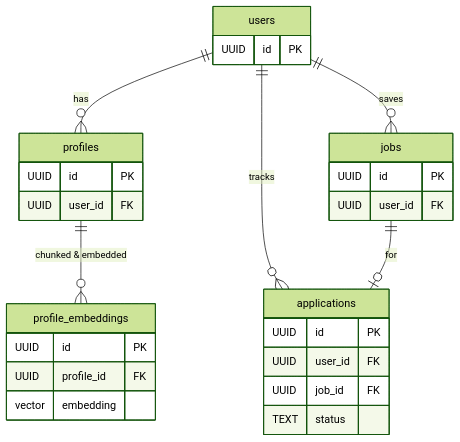
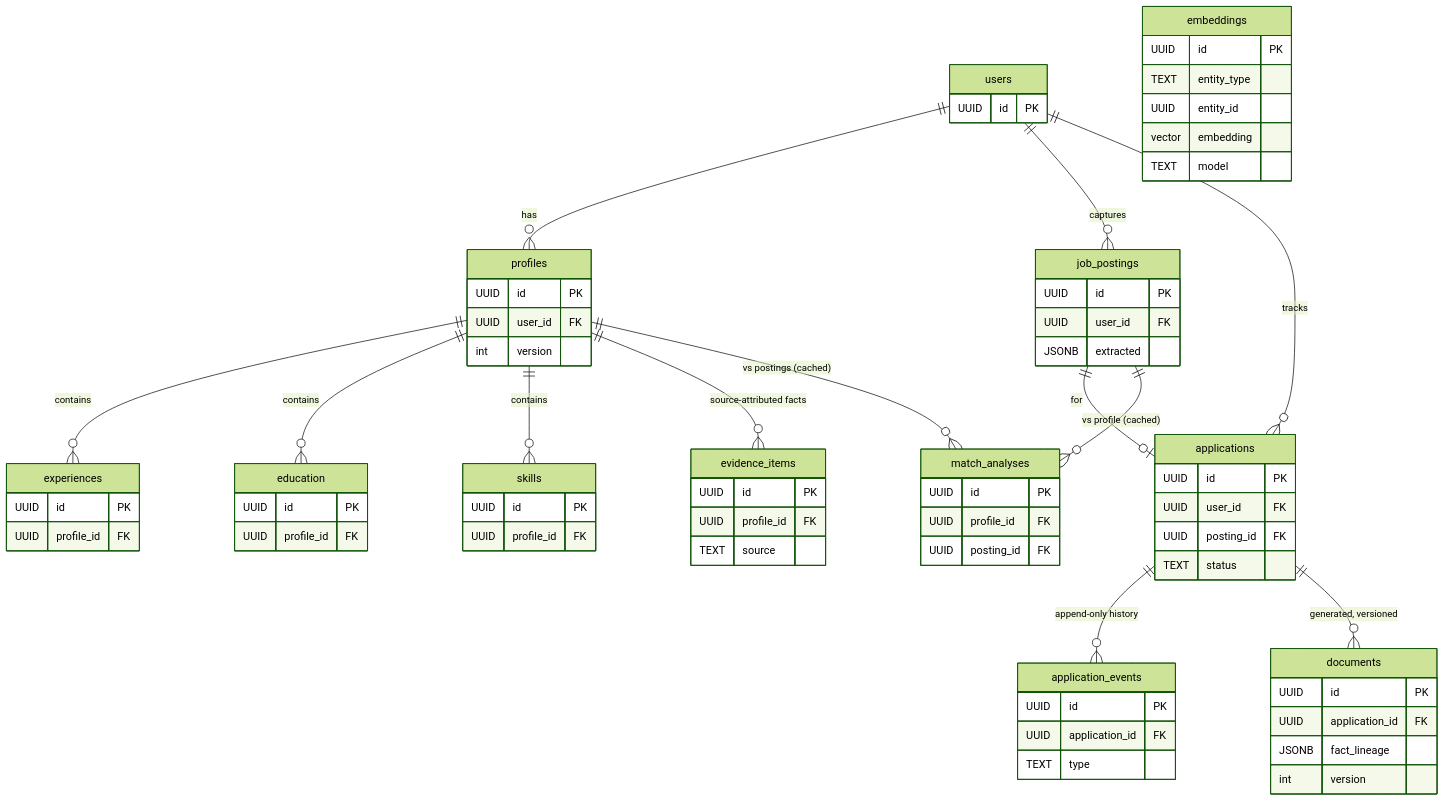
Before and after one commit to mahelet-kassa/CareerOS: the second of 2 diagrams in docs/05-data/schema.md, drawn with Mermaid (forest theme). The commit also changed other lines of this file and 30 other files, not shown here.

````diff
--- a/docs/05-data/schema.md
+++ b/docs/05-data/schema.md
@@ -55,14 +57,28 @@
 ```mermaid
 erDiagram
     users ||--o{ profiles : has
-    profiles ||--o{ profile_embeddings : "chunked & embedded"
-    users ||--o{ jobs : saves
+    profiles ||--o{ experiences : contains
+    profiles ||--o{ education : contains
+    profiles ||--o{ skills : contains
+    profiles ||--o{ evidence_items : "source-attributed facts"
+    users ||--o{ job_postings : captures
     users ||--o{ applications : tracks
-    jobs ||--o| applications : "for"
+    job_postings ||--o| applications : "for"
+    applications ||--o{ application_events : "append-only history"
+    applications ||--o{ documents : "generated, versioned"
+    profiles ||--o{ match_analyses : "vs postings (cached)"
+    job_postings ||--o{ match_analyses : "vs profile (cached)"
 
     users { UUID id PK }
-    profiles { UUID id PK  UUID user_id FK }
-    profile_embeddings { UUID id PK  UUID profile_id FK  vector embedding }
-    jobs { UUID id PK  UUID user_id FK }
-    applications { UUID id PK  UUID user_id FK  UUID job_id FK  TEXT status }
+    profiles { UUID id PK  UUID user_id FK  int version }
+    experiences { UUID id PK  UUID profile_id FK }
+    education { UUID id PK  UUID profile_id FK }
+    skills { UUID id PK  UUID profile_id FK }
+    evidence_items { UUID id PK  UUID profile_id FK  TEXT source }
+    job_postings { UUID id PK  UUID user_id FK  JSONB extracted }
+    applications { UUID id PK  UUID user_id FK  UUID posting_id FK  TEXT status }
+    application_events { UUID id PK  UUID application_id FK  TEXT type }
+    documents { UUID id PK  UUID application_id FK  JSONB fact_lineage  int version }
+    match_analyses { UUID id PK  UUID profile_id FK  UUID posting_id FK }
+    embeddings { UUID id PK  TEXT entity_type  UUID entity_id  vector embedding  TEXT model }
 ```
````
